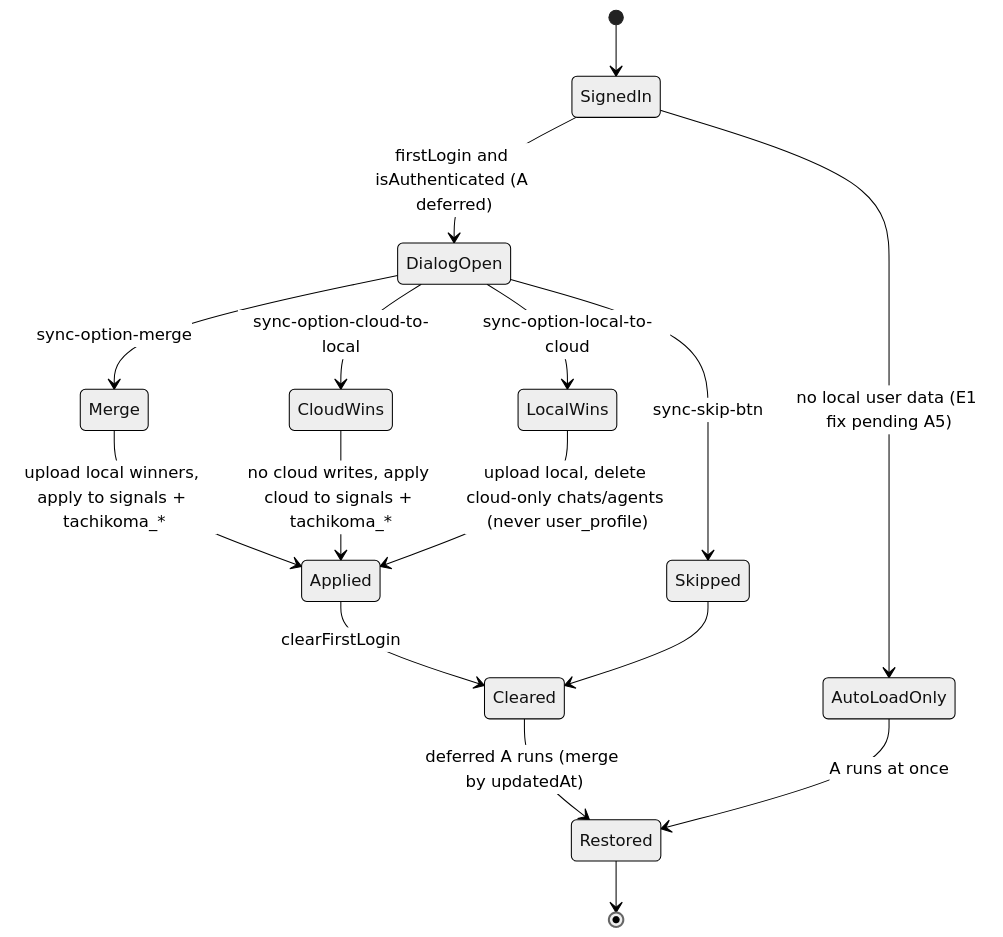
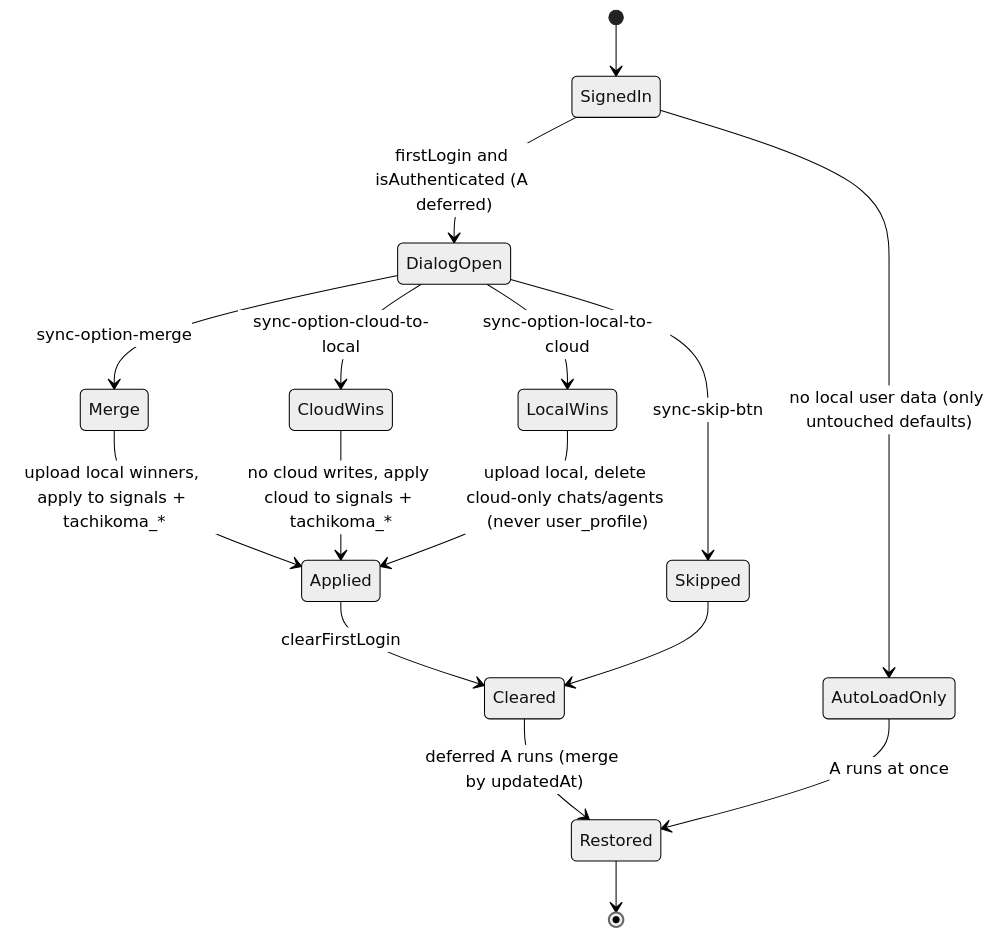
Before and after one commit to ograva/tachikoma-console: the second of 2 diagrams in docs/context/designs/Flow_RestoreAcrossDevices.md, drawn with Mermaid (neutral theme). The commit also changed other lines of this file and 3 other files, not shown here.

````diff
--- a/docs/context/designs/Flow_RestoreAcrossDevices.md
+++ b/docs/context/designs/Flow_RestoreAcrossDevices.md
@@ -79,18 +80,18 @@
 ```mermaid
 stateDiagram-v2
     [*] --> SignedIn
     SignedIn --> DialogOpen: firstLogin and isAuthenticated (A deferred)
-    SignedIn --> AutoLoadOnly: no local user data (E1 fix pending A5)
+    SignedIn --> AutoLoadOnly: no local user data (only untouched defaults)
     DialogOpen --> Merge: sync-option-merge
     DialogOpen --> CloudWins: sync-option-cloud-to-local
     DialogOpen --> LocalWins: sync-option-local-to-cloud
     DialogOpen --> Skipped: sync-skip-btn
     Merge --> Applied: upload local winners, apply to signals + tachikoma_*
     CloudWins --> Applied: no cloud writes, apply cloud to signals + tachikoma_*
     LocalWins --> Applied: upload local, delete cloud-only chats/agents (never user_profile)
     Applied --> Cleared: clearFirstLogin
     Skipped --> Cleared
     Cleared --> Restored: deferred A runs (merge by updatedAt)
     AutoLoadOnly --> Restored: A runs at once
     Restored --> [*]
 ```
````
